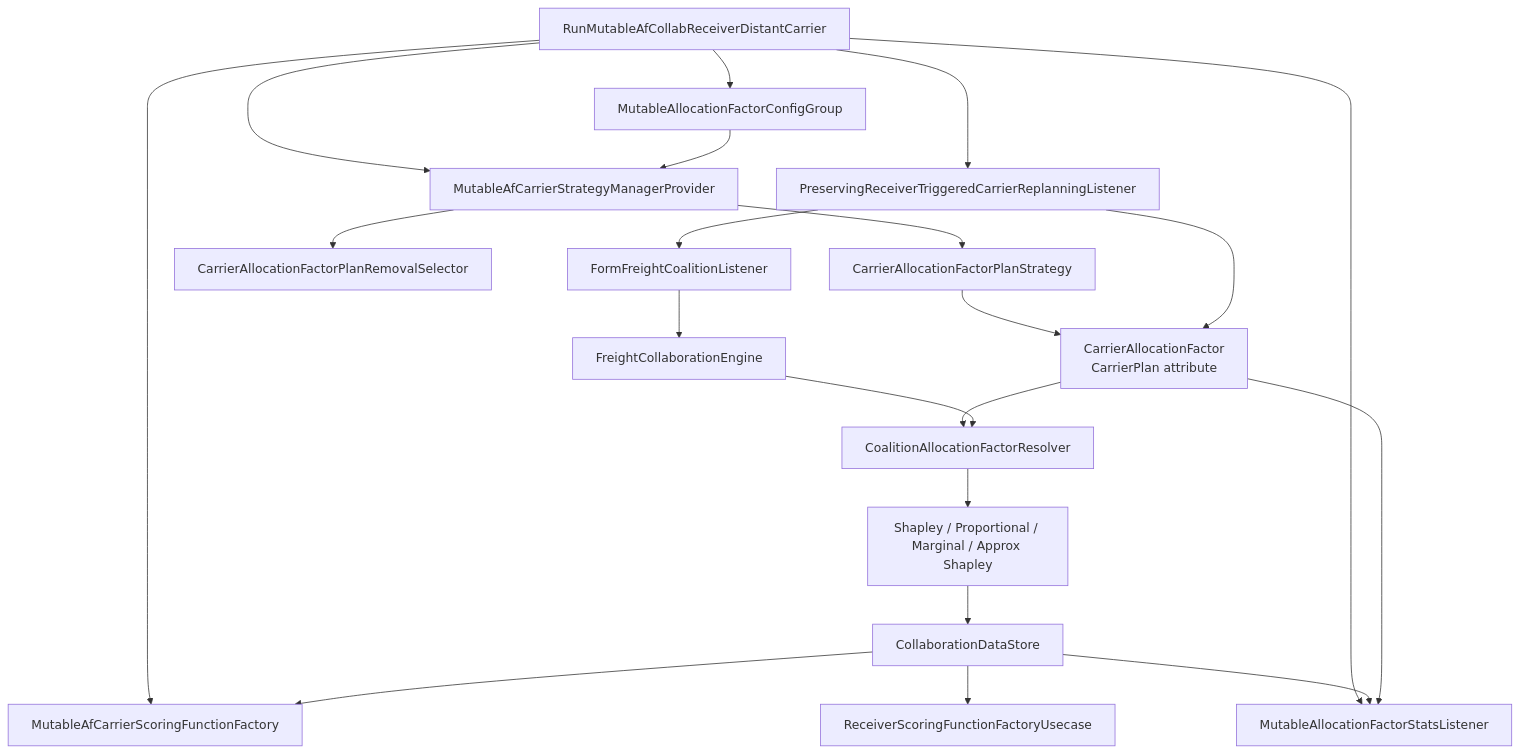
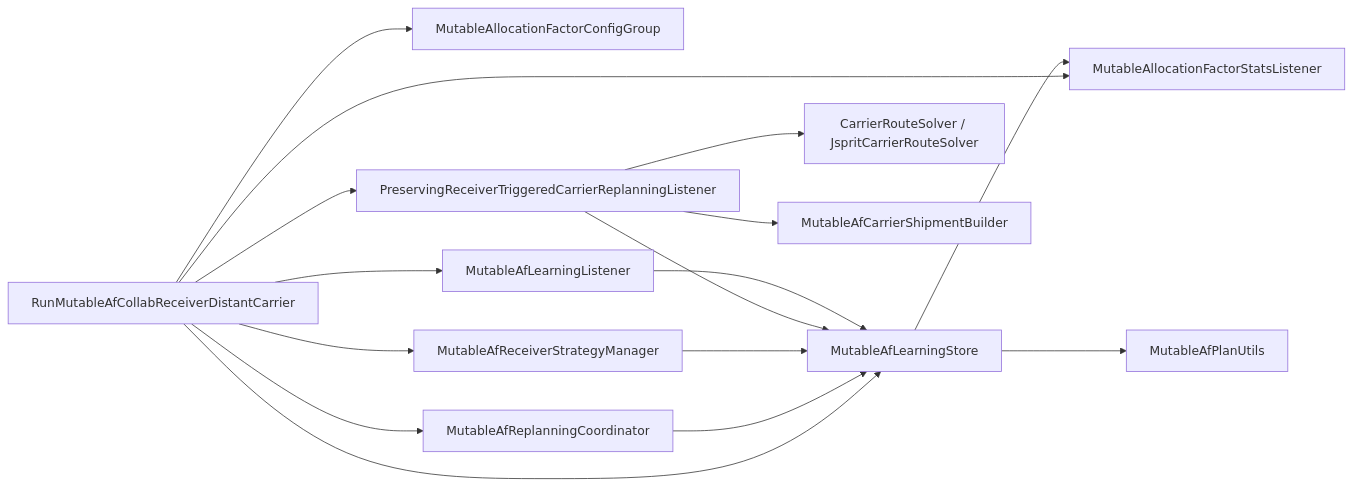
The second of 2 diagrams in contribs/xp-collaboration/docs/MUTABLE_ALLOCATION_FACTOR.md (XanderPENG/matsim-libs-2024), drawn with Mermaid before and after one commit. The commit also changed other lines of this file and 27 other files, not shown here.

````diff
--- a/contribs/xp-collaboration/docs/MUTABLE_ALLOCATION_FACTOR.md
+++ b/contribs/xp-collaboration/docs/MUTABLE_ALLOCATION_FACTOR.md
@@ -122,39 +123,18 @@
 ```mermaid
-flowchart TD
-    RUN["RunMutableAfCollabReceiverDistantCarrier"]
-    CFG["MutableAllocationFactorConfigGroup"]
-    MANAGER["MutableAfCarrierStrategyManagerProvider"]
-    MUTATE["CarrierAllocationFactorPlanStrategy"]
-    REMOVE["CarrierAllocationFactorPlanRemovalSelector"]
-    ATTR["CarrierAllocationFactor\nCarrierPlan attribute"]
-    VRP["PreservingReceiverTriggeredCarrierReplanningListener"]
-    COALITION["FormFreightCoalitionListener"]
-    ENGINE["FreightCollaborationEngine"]
-    RESOLVER["CoalitionAllocationFactorResolver"]
-    MODELS["Shapley / Proportional / Marginal / Approx Shapley"]
-    STORE["CollaborationDataStore"]
-    CSCORE["MutableAfCarrierScoringFunctionFactory"]
-    RSCORE["ReceiverScoringFunctionFactoryUsecase"]
-    STATS["MutableAllocationFactorStatsListener"]
-
-    RUN --> CFG
-    RUN --> MANAGER
-    RUN --> VRP
-    RUN --> CSCORE
-    RUN --> STATS
-    CFG --> MANAGER
-    MANAGER --> MUTATE
-    MANAGER --> REMOVE
-    MUTATE --> ATTR
-    VRP --> ATTR
-    VRP --> COALITION
-    ATTR --> RESOLVER
-    COALITION --> ENGINE
-    ENGINE --> RESOLVER
-    RESOLVER --> MODELS
-    MODELS --> STORE
-    STORE --> CSCORE
-    STORE --> RSCORE
-    STORE --> STATS
-    ATTR --> STATS
+flowchart LR
+    RUN["RunMutableAfCollabReceiverDistantCarrier"] --> CFG["MutableAllocationFactorConfigGroup"]
+    RUN --> STORE["MutableAfLearningStore"]
+    RUN --> COORD["MutableAfReplanningCoordinator"]
+    RUN --> RSM["MutableAfReceiverStrategyManager"]
+    RUN --> VRP["PreservingReceiverTriggeredCarrierReplanningListener"]
+    RUN --> LEARN["MutableAfLearningListener"]
+    RUN --> CSV["MutableAllocationFactorStatsListener"]
+    COORD --> STORE
+    RSM --> STORE
+    VRP --> STORE
+    LEARN --> STORE
+    STORE --> CSV
+    VRP --> SOLVER["CarrierRouteSolver / JspritCarrierRouteSolver"]
+    VRP --> SHIP["MutableAfCarrierShipmentBuilder"]
+    STORE --> PLAN["MutableAfPlanUtils"]
 ```
````
